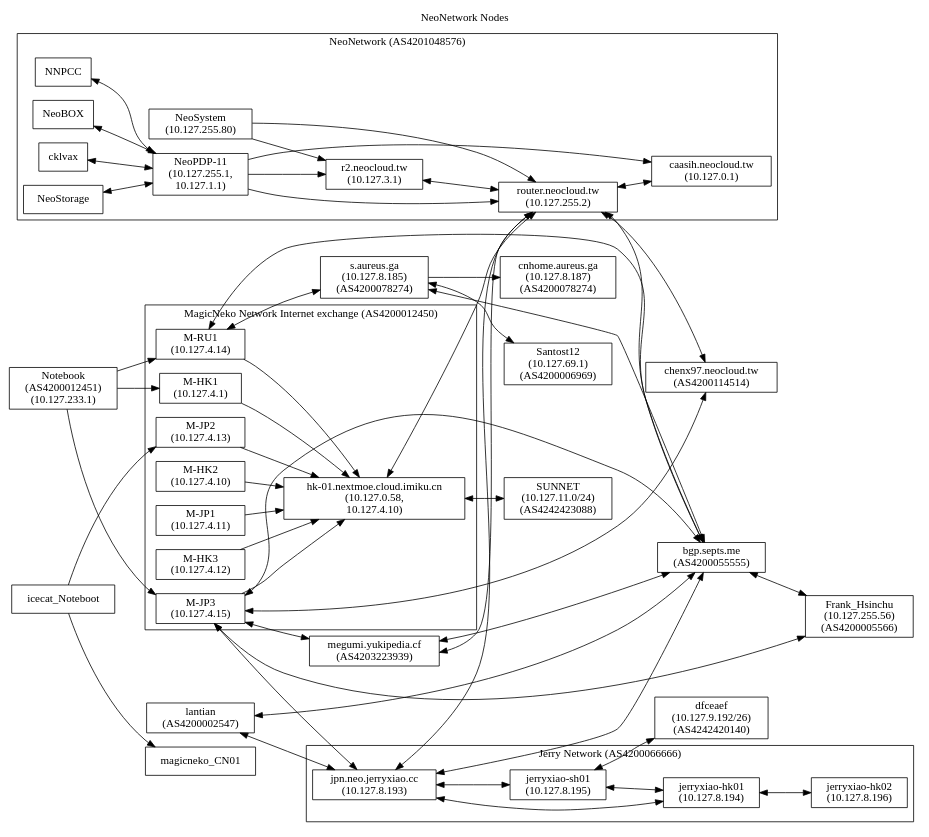
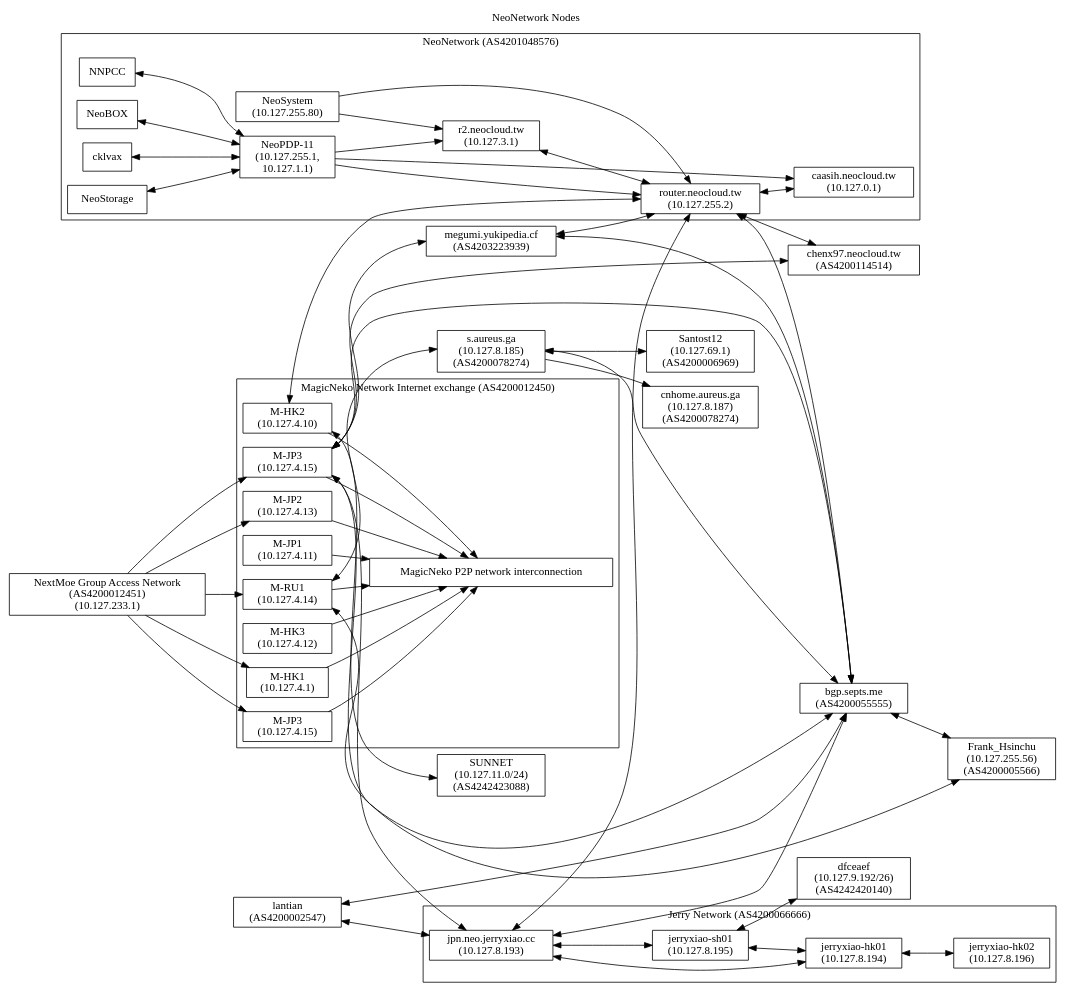
One commit to NeoCloud/NeoNetwork changed the diagram in nodes.dot. Above: the diagram before and after it, drawn with Graphviz.

Commit message:
Fix chart errors by nextmoe_icecat

```diff
--- a/nodes.dot
+++ b/nodes.dot
@@ -1,103 +1,105 @@
 digraph "NeoNetwork Nodes"
 {
 	label="NeoNetwork Nodes";
 	labelloc="t";
 	rankdir=LR;
 	node [shape=box]
 	c [label="caasih.neocloud.tw\n(10.127.0.1)"]
 	ucbvax [label="router.neocloud.tw\n(10.127.255.2)"]
 	np11 [label="NeoPDP-11\n(10.127.255.1,\n10.127.1.1)"]
 	ns [label="NeoSystem\n(10.127.255.80)"]
 	megumiLHS [label="megumi.yukipedia.cf\n(AS4203223939)"]
 	pan [label="r2.neocloud.tw\n(10.127.3.1)"]
-	icecat_Explosion [label="hk-01.nextmoe.cloud.imiku.cn\n(10.127.0.58,\n10.127.4.10)"]
-	icecat_Notebook [label="Notebook\n(AS4200012451)\n(10.127.233.1)"]
+	icecat_Explosion [label="MagicNeko P2P network interconnection"]
+	icecat_Notebook [label="NextMoe Group Access Network\n(AS4200012451)\n(10.127.233.1)"]
 	magicneko_HK01 [label="M-HK1\n(10.127.4.1)"]
 	magicneko_HK02 [label="M-HK2\n(10.127.4.10)"]
 	magicneko_JP01 [label="M-JP1\n(10.127.4.11)"]
 	magicneko_HK03 [label="M-HK3\n(10.127.4.12)"]
 	magicneko_JP02 [label="M-JP2\n(10.127.4.13)"]
 	magicneko_RU01 [label="M-RU1\n(10.127.4.14)"]
 	magicneko_JP03 [label="M-JP3\n(10.127.4.15)"]
+	magicneko_CN01 [label="M-JP3\n(10.127.4.15)"]
 	staph [label="s.aureus.ga\n(10.127.8.185)\n(AS4200078274)"]
 	staph_CN [label="cnhome.aureus.ga\n(10.127.8.187)\n(AS4200078274)"]
 	chenx97 [label="chenx97.neocloud.tw\n(AS4200114514)"]
 	JerryXiao [label="jpn.neo.jerryxiao.cc\n(10.127.8.193)"]
 	JerryXiao_SH01 [label="jerryxiao-sh01\n(10.127.8.195)"]
 	JerryXiao_HK01 [label="jerryxiao-hk01\n(10.127.8.194)"]
 	JerryXiao_HK02 [label="jerryxiao-hk02\n(10.127.8.196)"]
 	septs [label="bgp.septs.me\n(AS4200055555)"]
 	lantian [label="lantian\n(AS4200002547)"]
 	dfceaef [label="dfceaef\n(10.127.9.192/26)\n(AS4242420140)"]
 	SUNNET [label="SUNNET\n(10.127.11.0/24)\n(AS4242423088)"]
 	santost12 [label="Santost12\n(10.127.69.1)\n(AS4200006969)"]
 	frank_hsinchu [label="Frank_Hsinchu\n(10.127.255.56)\n(AS4200005566)"]
 	subgraph cluster_AS4201048576
 	{
 		label = "NeoNetwork (AS4201048576)";
 
 		NNPCC -> np11 [dir=both]
 		NeoBOX -> np11 [dir=both]
 		cklvax -> np11 [dir=both]
 		NeoStorage -> np11 [dir=both]
 		np11 -> ucbvax
 		np11 -> pan
 		np11 -> c
 		ucbvax -> c [dir=both]
 		ns -> ucbvax
 		ns -> pan
 		pan -> ucbvax [dir=both]
 	}
 
 	megumiLHS -> ucbvax [dir=both]
-	icecat_Explosion -> ucbvax [dir=both]
+	magicneko_HK02 -> ucbvax [dir=both]
 	staph -> staph_CN
 	ucbvax -> chenx97 [dir=both]
 
 	subgraph cluster_AS4200012450
 	{
 		label="MagicNeko Network Internet exchange (AS4200012450)";
 
-		magicneko_HK01-> icecat_Explosion
-		magicneko_HK02-> icecat_Explosion
+		magicneko_HK01 -> icecat_Explosion
+		magicneko_HK02 -> icecat_Explosion
 		magicneko_JP01 -> icecat_Explosion
 		magicneko_HK03 -> icecat_Explosion
 		magicneko_JP02 -> icecat_Explosion
 		magicneko_RU01 -> icecat_Explosion
 		magicneko_JP03 -> icecat_Explosion
+		magicneko_CN01 -> icecat_Explosion
 	}
 
 	subgraph cluster_AS4200066666
 	{
 		label="Jerry Network (AS4200066666)";
 
 		JerryXiao -> JerryXiao_SH01 [dir=both]
 		JerryXiao -> JerryXiao_HK01 [dir=both]
 		JerryXiao_SH01 -> JerryXiao_HK01 [dir=both]
 		JerryXiao_HK01 -> JerryXiao_HK02 [dir=both]
 	}
 
 	JerryXiao -> ucbvax [dir=both]
 	JerryXiao -> septs [dir=both]
 	JerryXiao_SH01 -> dfceaef [dir=both]
 	magicneko_JP03 -> JerryXiao [dir=both]
 	lantian -> septs [dir=both]
 	lantian -> JerryXiao [dir=both]
 	magicneko_JP03 -> septs [dir=both]
 	staph -> septs [dir=both]
 	ucbvax -> septs [dir=both]
 	magicneko_JP03 -> chenx97 [dir=both]
 	magicneko_RU01 -> staph [dir=both]
 	megumiLHS -> septs [dir=both]
-	icecat_Explosion -> SUNNET [dir=both]
+	magicneko_HK02 -> SUNNET [dir=both]
 	staph -> santost12 [dir=both]
 	magicneko_RU01 -> septs [dir=both]
 	magicneko_JP03 -> megumiLHS [dir=both]
 	magicneko_JP03 -> frank_hsinchu [dir=both]
 	septs	->	frank_hsinchu	[dir=both]
 	icecat_Notebook -> magicneko_HK01
 	icecat_Notebook -> magicneko_JP03
 	icecat_Notebook -> magicneko_RU01
-	icecat_Noteboot -> magicneko_CN01
-	icecat_Noteboot -> magicneko_JP02
+	icecat_Notebook -> magicneko_CN01
+	icecat_Notebook -> magicneko_JP02
 }
```
